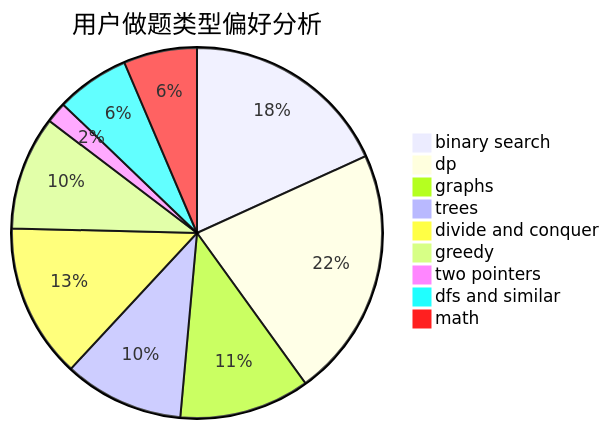
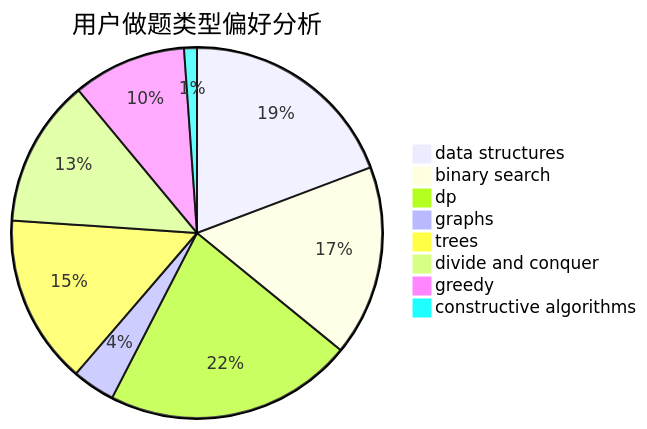
One commit to sherpahu/cfrs.github.io changed the second of 3 diagrams in docs/user/u621.md. Above: the diagram before and after it, drawn with Mermaid. The commit also changed other lines of this file and 2775 other files, not shown here.

````diff
--- a/docs/user/u621.md
+++ b/docs/user/u621.md
@@ -23,12 +23,11 @@
 ```mermaid
 pie title 用户做题类型偏好分析
-    "binary search" :  139
-    "dp" :  167
-    "graphs" :  87
-    "trees" :  80
-    "divide and conquer" :  103
-    "greedy" :  76
-    "two pointers" :  14
-    "dfs and similar" :  49
-    "math" :  49
+    "data structures" :  103
+    "binary search" :  89
+    "dp" :  116
+    "graphs" :  20
+    "trees" :  79
+    "divide and conquer" :  69
+    "greedy" :  53
+    "constructive algorithms" :  6
 ```
````
